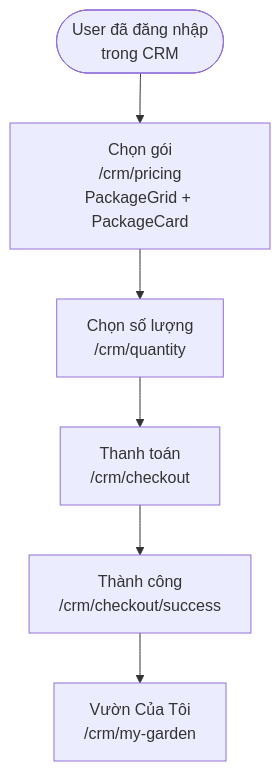
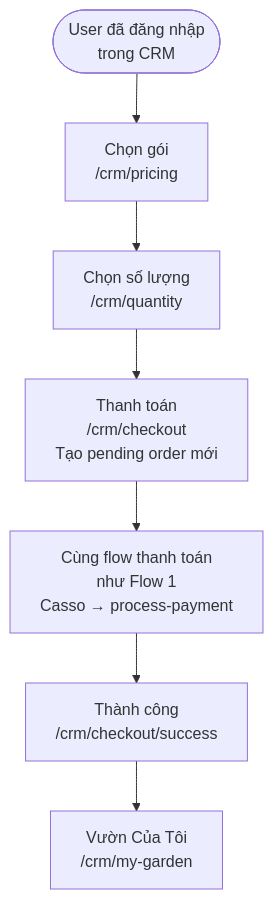
Before and after one commit to deptrai/dainganxanh: the fourth of 8 diagrams in docs/userflow.md, drawn with Mermaid. The commit also changed other lines of this file and 16 other files, not shown here.

First line of the commit message:
feat: cancel order flow, referral auto-capture, Casso webhook, Telegram notifications

````diff
--- a/docs/userflow.md
+++ b/docs/userflow.md
@@ -142,8 +161,9 @@
 ```mermaid
 flowchart TD
-    Start([User đã đăng nhập<br>trong CRM]) --> CRMPricing[Chọn gói<br>/crm/pricing<br>PackageGrid + PackageCard]
+    Start([User đã đăng nhập<br>trong CRM]) --> CRMPricing[Chọn gói<br>/crm/pricing]
     CRMPricing --> CRMQuantity[Chọn số lượng<br>/crm/quantity]
-    CRMQuantity --> CRMCheckout[Thanh toán<br>/crm/checkout]
-    CRMCheckout --> CRMSuccess[Thành công<br>/crm/checkout/success]
+    CRMQuantity --> CRMCheckout[Thanh toán<br>/crm/checkout<br>Tạo pending order mới]
+    CRMCheckout --> SameAsFlow1[Cùng flow thanh toán<br>như Flow 1<br>Casso → process-payment]
+    SameAsFlow1 --> CRMSuccess[Thành công<br>/crm/checkout/success]
     CRMSuccess --> MyGarden[Vườn Của Tôi<br>/crm/my-garden]
 ```
````
